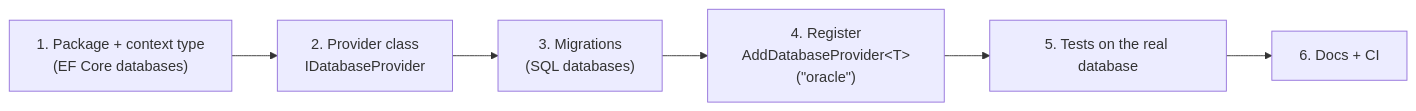
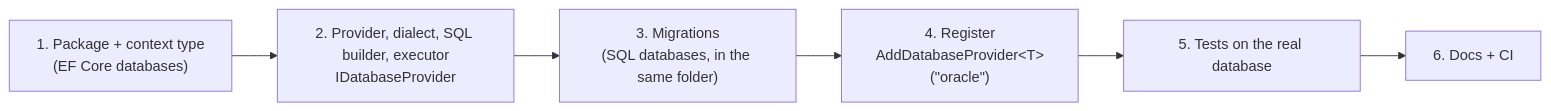
One commit to Albadit/DotNetForge changed the diagram in .docs/database/adding-a-provider.md. Above: the diagram before and after it, drawn with Mermaid. The commit also changed other lines of this file and 58 other files, not shown here.

````diff
--- a/.docs/database/adding-a-provider.md
+++ b/.docs/database/adding-a-provider.md
@@ -7,8 +7,8 @@
 ```mermaid
 flowchart LR
-    A["1. Package + context type<br/>(EF Core databases)"] --> B["2. Provider class<br/>IDatabaseProvider"]
-    B --> C["3. Migrations<br/>(SQL databases)"]
+    A["1. Package + context type<br/>(EF Core databases)"] --> B["2. Provider, dialect, SQL builder, executor<br/>IDatabaseProvider"]
+    B --> C["3. Migrations<br/>(SQL databases, in the same folder)"]
     C --> D["4. Register<br/>AddDatabaseProvider&lt;T&gt;(&quot;oracle&quot;)"]
     D --> E["5. Tests on the real database"]
     E --> F["6. Docs + CI"]
 ```
````
